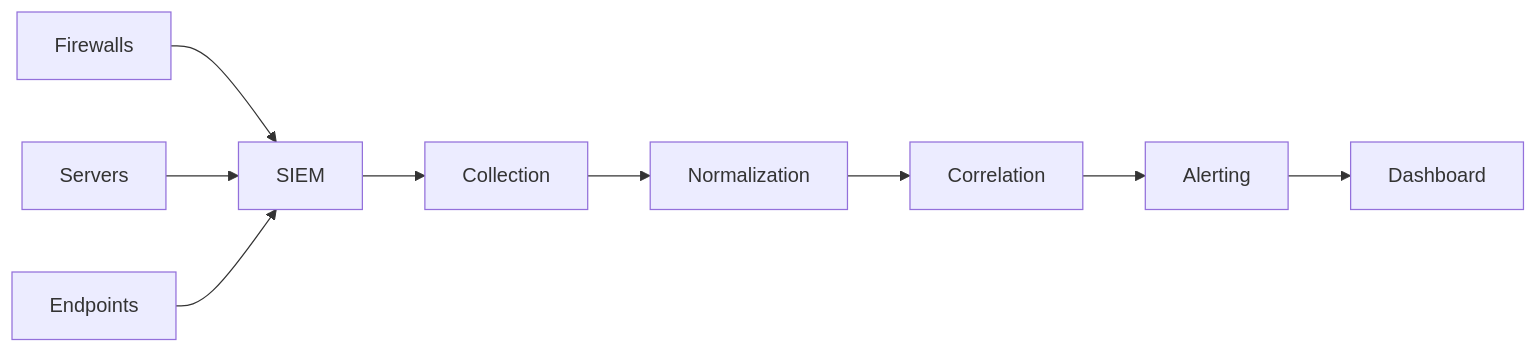
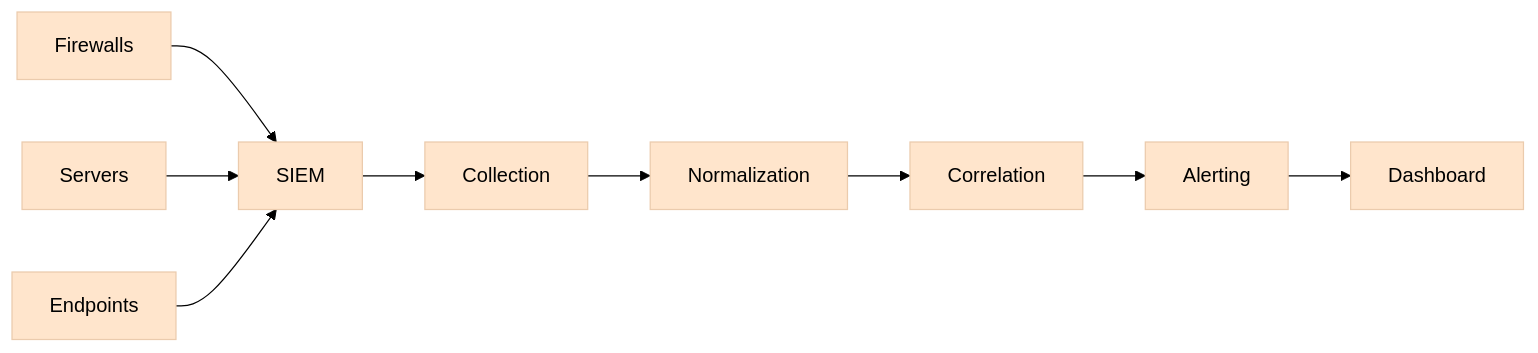
Before and after one commit to manojxshrestha/SOC-Analyst-Cheatsheet: the first of 12 diagrams in 2-Security-Monitoring-SIEM-Fundamentals/README.md, drawn with Mermaid. The commit also changed other lines of this file and 1 other file, not shown here.

````diff
--- a/2-Security-Monitoring-SIEM-Fundamentals/README.md
+++ b/2-Security-Monitoring-SIEM-Fundamentals/README.md
@@ -68,11 +68,13 @@
 ```mermaid
+%%{init: {'theme': 'base', 'themeVariables': { 'primaryColor': '#ffcccc', 'primaryTextColor': '#000', 'lineColor': '#000'}}}%%
+%%{init: {'theme': 'base', 'themeVariables': { 'primaryColor': '#ffe5cc', 'primaryTextColor': '#000', 'lineColor': '#000'}}}%%
 flowchart LR
     Firewalls --> SIEM
     Servers --> SIEM
     Endpoints --> SIEM
     SIEM --> Collection
     Collection --> Normalization
     Normalization --> Correlation
     Correlation --> Alerting
     Alerting --> Dashboard
 ```
````
